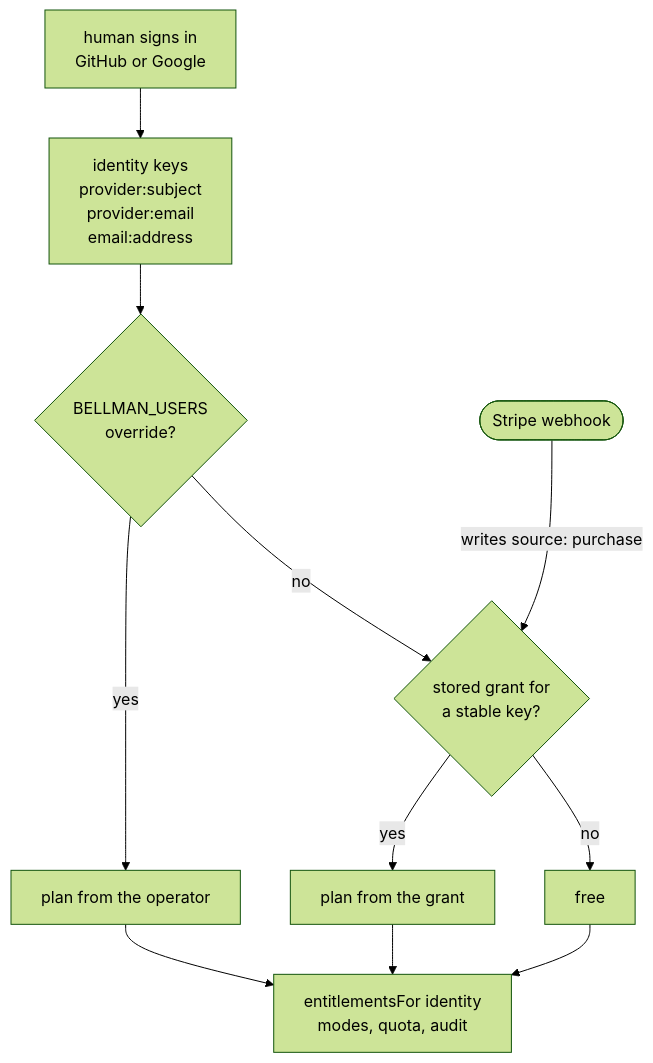
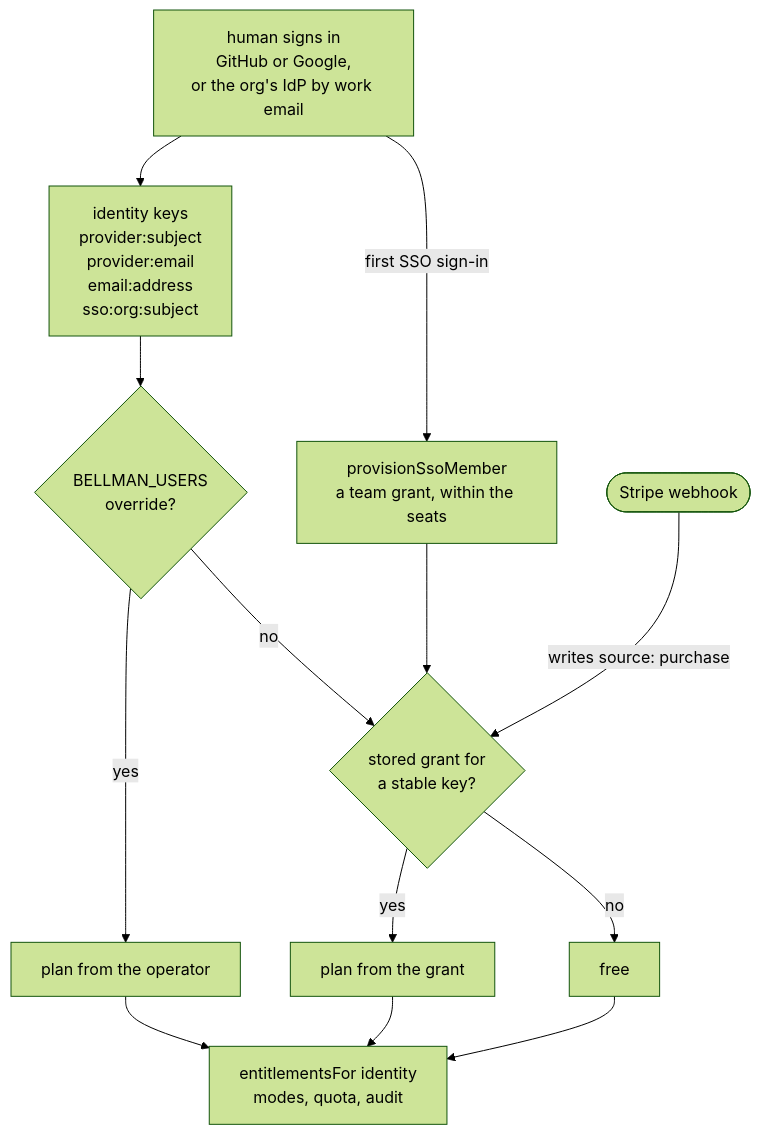
The fifth of 7 diagrams in docs/ARCHITECTURE.md (bellman-sh/bellman), drawn with Mermaid (forest theme) before and after one commit. The commit also changed other lines of this file and 4 other files, not shown here.

Commit message:
ADR 0025: SSO is one OIDC provider per org, routed by a verified domain

````diff
--- a/docs/ARCHITECTURE.md
+++ b/docs/ARCHITECTURE.md
@@ -1079,16 +1080,18 @@
 ```mermaid
 flowchart TB
-    START["human signs in<br/>GitHub or Google"] --> KEYS["identity keys<br/>provider:subject<br/>provider:email<br/>email:address"]
+    START["human signs in<br/>GitHub or Google,<br/>or the org's IdP by work email"] --> KEYS["identity keys<br/>provider:subject<br/>provider:email<br/>email:address<br/>sso:org:subject"]
+    START -->|"first SSO sign-in"| SEAT["provisionSsoMember<br/>a team grant, within the seats"]
+    SEAT --> G
     KEYS --> O{"BELLMAN_USERS<br/>override?"}
     O -->|yes| OPER["plan from the operator"]
     O -->|no| G{"stored grant for<br/>a stable key?"}
     G -->|yes| GRANT["plan from the grant"]
     G -->|no| FREE["free"]
 
     OPER --> ENT
     GRANT --> ENT
     FREE --> ENT
     ENT["entitlementsFor identity<br/>modes, quota, audit"]
 
     STRIPE(["Stripe webhook"]) -->|"writes source: purchase"| G
 ```
````
